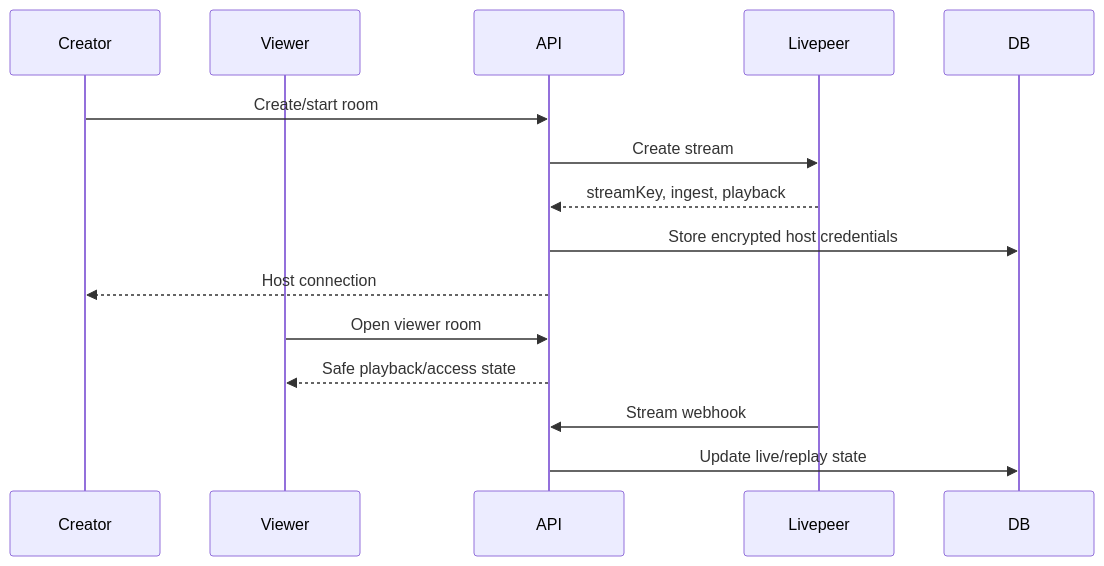
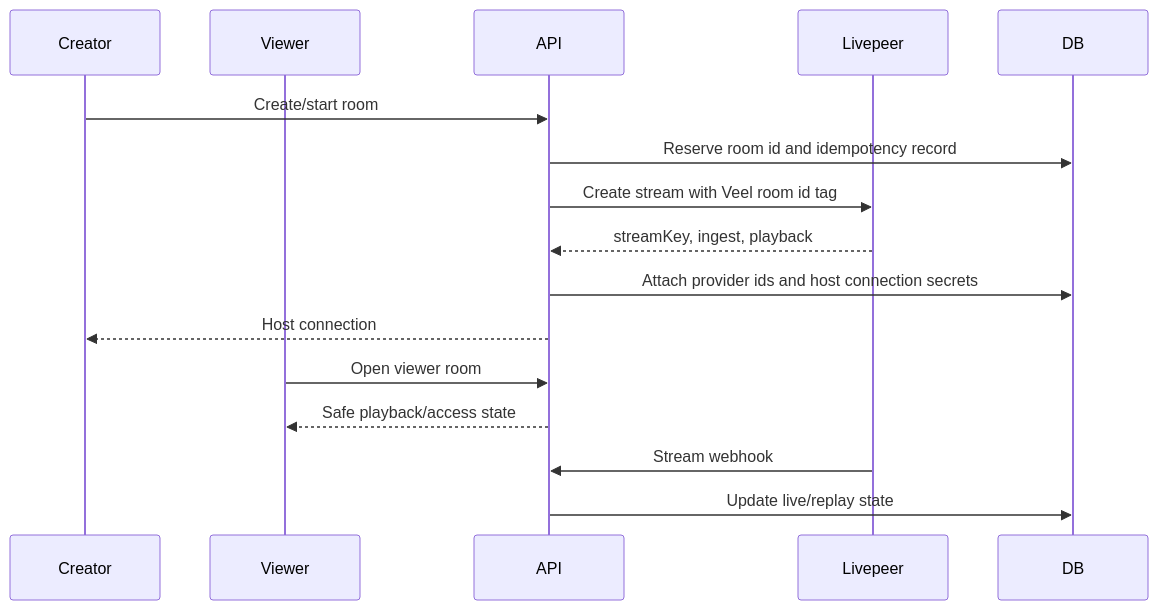
One commit to mariospeterman/VEEL-v2 changed the second of 2 diagrams in docs/v2-new-build/media-live-providers.md. Above: the diagram before and after it, drawn with Mermaid. The commit also changed other lines of this file and 9 other files, not shown here.

Commit message:
Reserve live rooms before provider creation

````diff
--- a/docs/v2-new-build/media-live-providers.md
+++ b/docs/v2-new-build/media-live-providers.md
@@ -91,18 +91,19 @@
 ```mermaid
 sequenceDiagram
   participant Creator
   participant Viewer
   participant API
   participant Livepeer
   participant DB
 
   Creator->>API: Create/start room
-  API->>Livepeer: Create stream
+  API->>DB: Reserve room id and idempotency record
+  API->>Livepeer: Create stream with Veel room id tag
   Livepeer-->>API: streamKey, ingest, playback
-  API->>DB: Store encrypted host credentials
+  API->>DB: Attach provider ids and host connection secrets
   API-->>Creator: Host connection
   Viewer->>API: Open viewer room
   API-->>Viewer: Safe playback/access state
   Livepeer->>API: Stream webhook
   API->>DB: Update live/replay state
 ```
````
